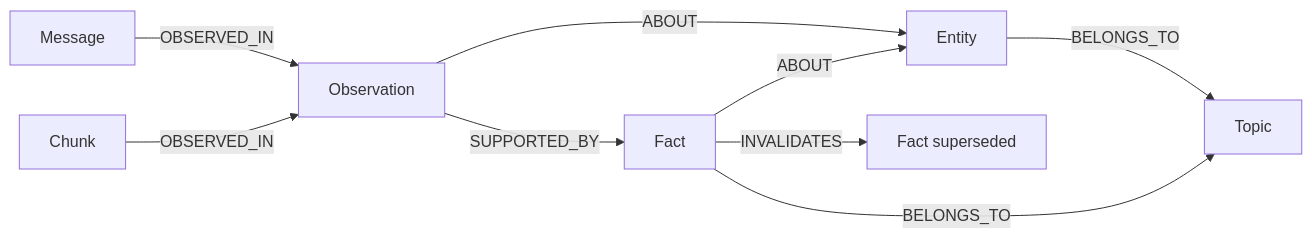
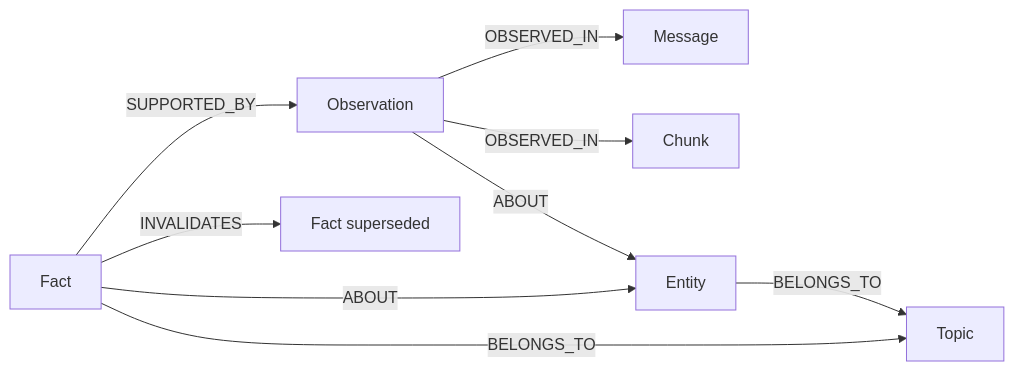
One commit to milliondreams/uniko changed the second of 2 diagrams in website/docs/concepts/memory-model.md. Above: the diagram before and after it, drawn with Mermaid. The commit also changed other lines of this file and 22 other files, not shown here.

````diff
--- a/website/docs/concepts/memory-model.md
+++ b/website/docs/concepts/memory-model.md
@@ -176,11 +179,11 @@
 ```mermaid
 flowchart LR
-    M[Message] -->|OBSERVED_IN| O[Observation]
-    C[Chunk] -->|OBSERVED_IN| O
-    O -->|SUPPORTED_BY| F[Fact]
+    O[Observation] -->|OBSERVED_IN| M[Message]
+    O -->|OBSERVED_IN| C[Chunk]
+    F[Fact] -->|SUPPORTED_BY| O
     O -->|ABOUT| E[Entity]
     F -->|ABOUT| E
     F -->|INVALIDATES| F2[Fact superseded]
     E -->|BELONGS_TO| T[Topic]
     F -->|BELONGS_TO| T
 ```
````
